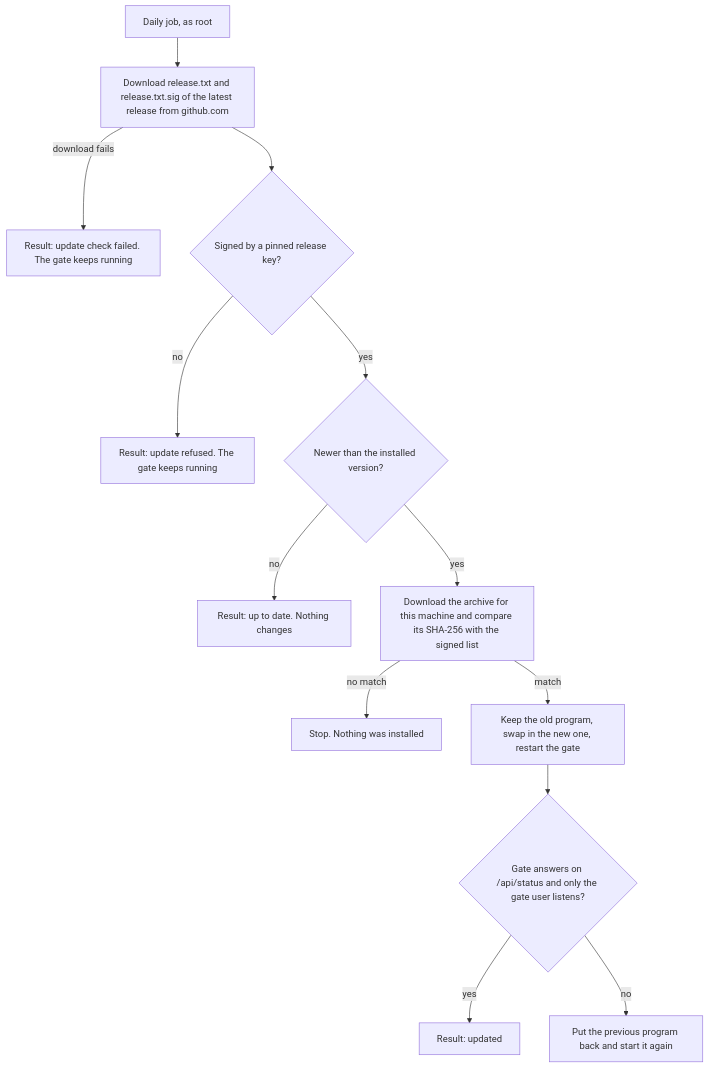
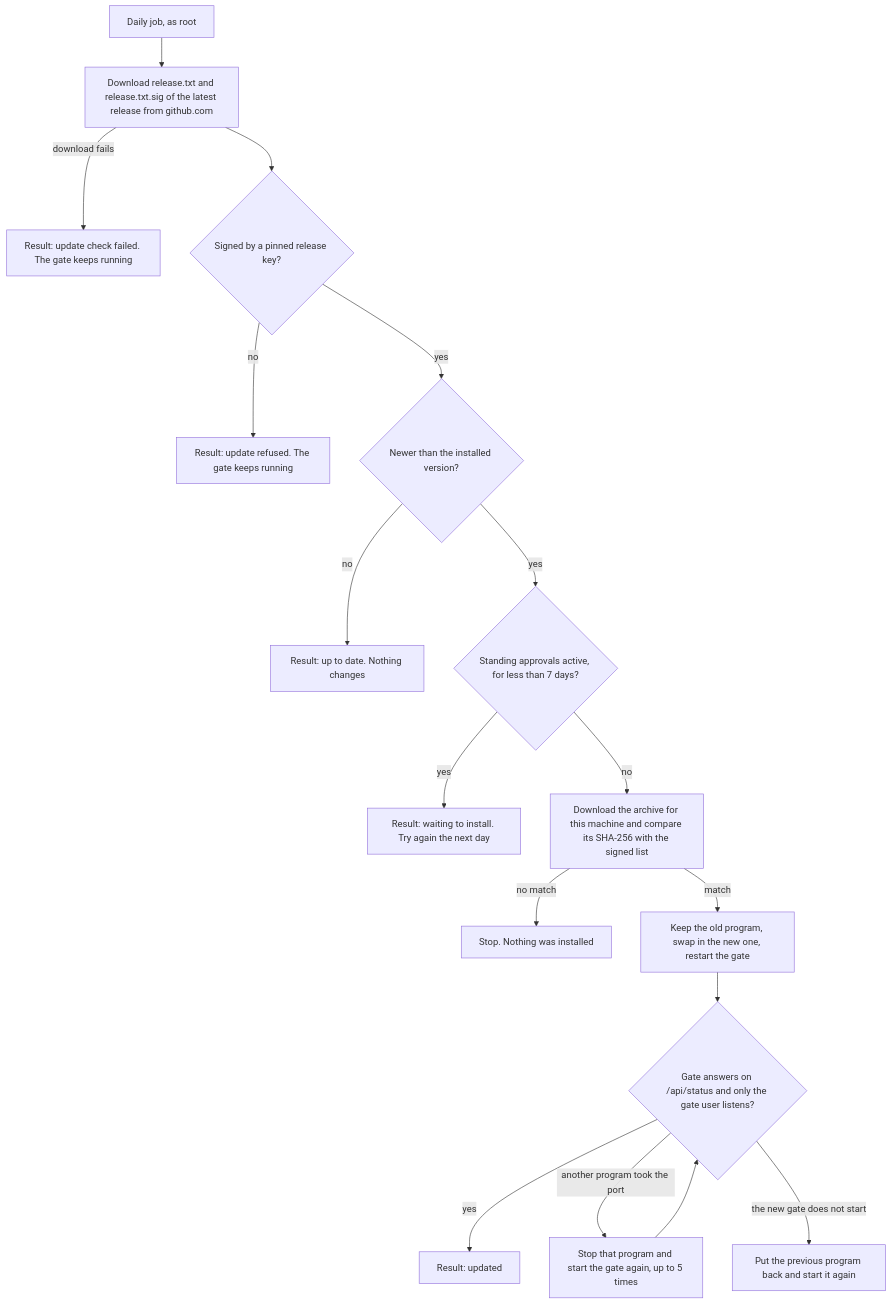
One commit to Phygital-Key/phygital-key changed the first of 2 diagrams in docs/updates.md. Above: the diagram before and after it, drawn with Mermaid. The commit also changed other lines of this file and 26 other files, not shown here.

````diff
--- a/docs/updates.md
+++ b/docs/updates.md
@@ -50,15 +50,19 @@
 ```mermaid
 flowchart TD
     A["Daily job, as root"] --> B["Download release.txt and release.txt.sig of the latest release from github.com"]
     B -->|"download fails"| R1["Result: update check failed. The gate keeps running"]
     B --> C{"Signed by a pinned release key?"}
     C -->|"no"| R2["Result: update refused. The gate keeps running"]
     C -->|"yes"| D{"Newer than the installed version?"}
     D -->|"no"| R3["Result: up to date. Nothing changes"]
-    D -->|"yes"| E["Download the archive for this machine and compare its SHA-256 with the signed list"]
+    D -->|"yes"| W{"Standing approvals active, for less than 7 days?"}
+    W -->|"yes"| R6["Result: waiting to install. Try again the next day"]
+    W -->|"no"| E["Download the archive for this machine and compare its SHA-256 with the signed list"]
     E -->|"no match"| R4["Stop. Nothing was installed"]
     E -->|"match"| F["Keep the old program, swap in the new one, restart the gate"]
     F --> G{"Gate answers on /api/status and only the gate user listens?"}
     G -->|"yes"| R5["Result: updated"]
-    G -->|"no"| H["Put the previous program back and start it again"]
+    G -->|"another program took the port"| K["Stop that program and start the gate again, up to 5 times"]
+    K --> G
+    G -->|"the new gate does not start"| H["Put the previous program back and start it again"]
 ```
````
